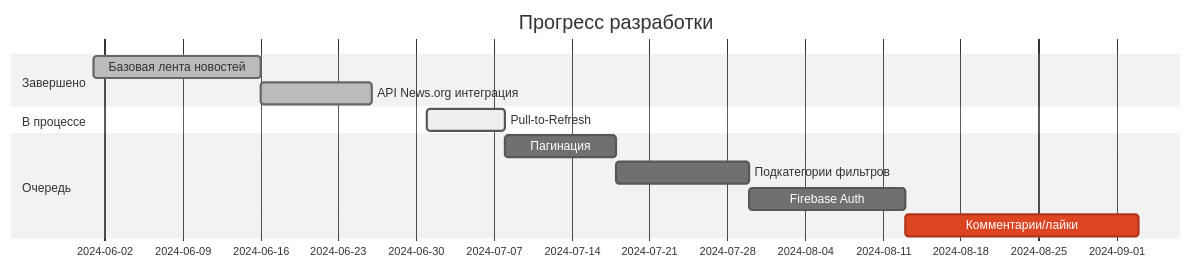
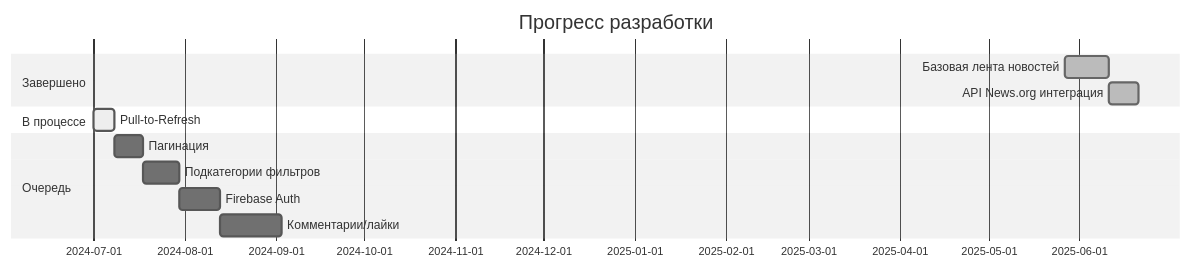
The diagram in README.md (niksaen-official/NewsAggregator), drawn with Mermaid (neutral theme) before and after one commit.

````diff
--- a/README.md
+++ b/README.md
@@ -34,16 +34,16 @@
 ```mermaid
 gantt
     title Прогресс разработки
     dateFormat  YYYY-MM-DD
     todayMarker stroke=#000, thickness=4px
     section Завершено
-    Базовая лента новостей       :done,    task1, 2024-06-01, 15d
+    Базовая лента новостей       :done,    task1, 2025-05-27, 15d
     API News.org интеграция      :done,    task2, after task1, 10d
     section В процессе
     Pull-to-Refresh             :active,  task3, 2024-07-01, 7d
     section Очередь
     Пагинация                   :         task4, after task3, 10d
     Подкатегории фильтров       :         task5, after task4, 12d
     Firebase Auth               :         task6, after task5, 14d
-    Комментарии/лайки           :crit,    task7, after task6, 21d
+    Комментарии/лайки           :         task7, after task6, 21d
 ```
````
